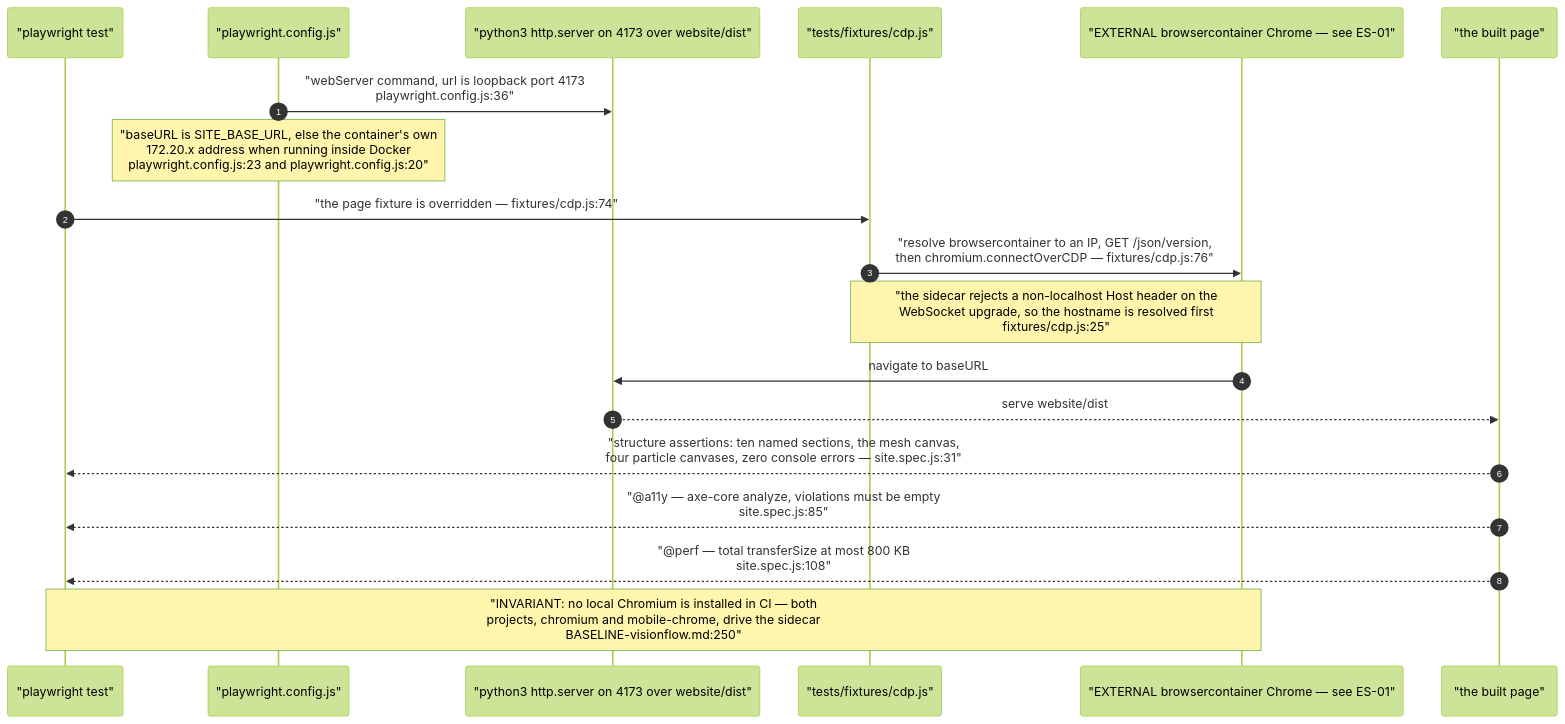
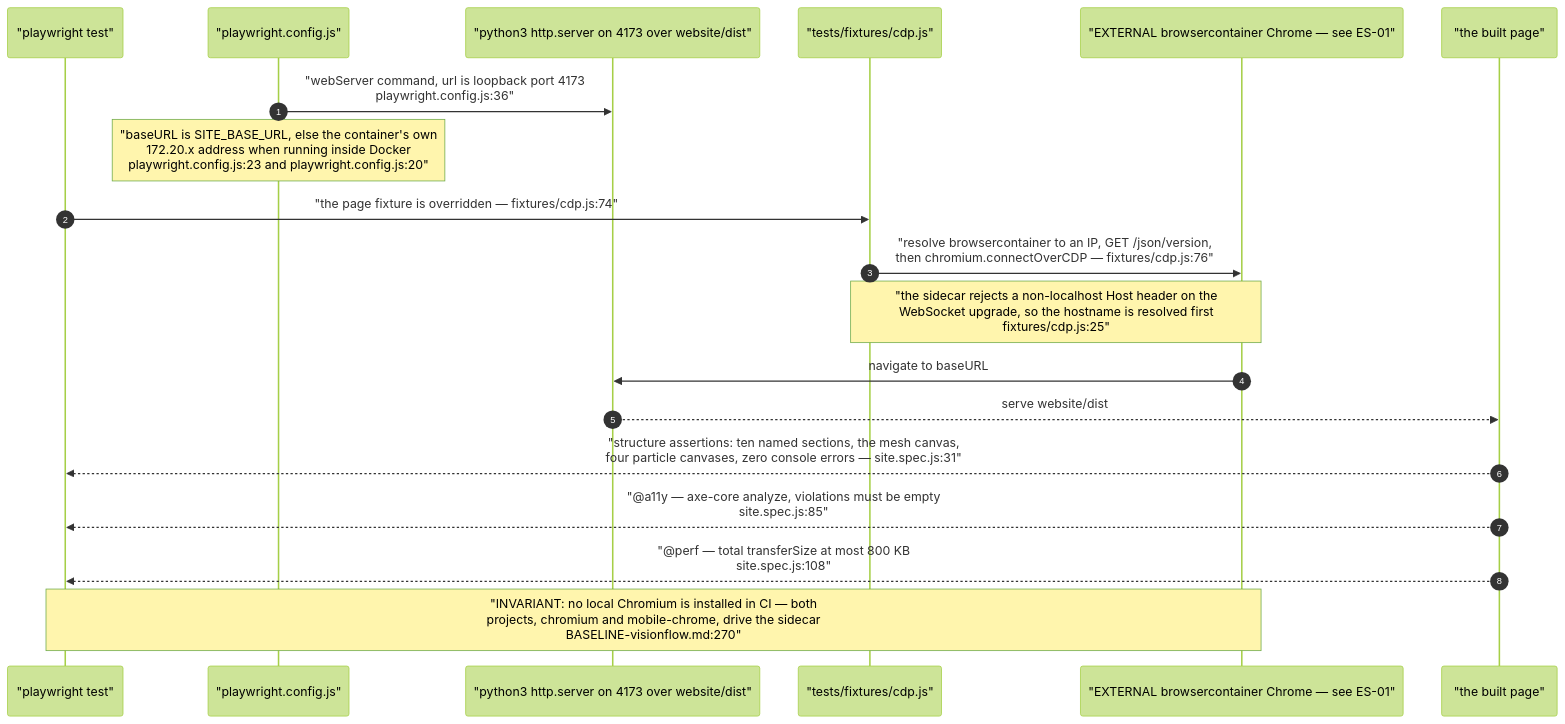
The tenth of 12 diagrams in docs/diagrams/visionflow/02-website-build-and-deploy.md (DreamLab-AI/VisionFlow), drawn with Mermaid (forest theme) before and after one commit. The commit also changed other lines of this file and 136 other files, not shown here.

First line of the commit message:
docs(diagrams): refresh the whole corpus to code HEAD and prune low-value diagrams

````diff
--- a/docs/diagrams/visionflow/02-website-build-and-deploy.md
+++ b/docs/diagrams/visionflow/02-website-build-and-deploy.md
@@ -290,22 +290,22 @@
 ```mermaid
 sequenceDiagram
     autonumber
     participant T as "playwright test"
     participant C as "playwright.config.js"
     participant WS as "python3 http.server on 4173 over website/dist"
     participant FX as "tests/fixtures/cdp.js"
     participant CH as "EXTERNAL browsercontainer Chrome — see ES-01"
     participant P as "the built page"
 
     C->>WS: "webServer command, url is loopback port 4173<br/>playwright.config.js:36"
     Note over C: "baseURL is SITE_BASE_URL, else the container's own<br/>172.20.x address when running inside Docker<br/>playwright.config.js:23 and playwright.config.js:20"
     T->>FX: "the page fixture is overridden — fixtures/cdp.js:74"
     FX->>CH: "resolve browsercontainer to an IP, GET /json/version,<br/>then chromium.connectOverCDP — fixtures/cdp.js:76"
     Note over FX,CH: "the sidecar rejects a non-localhost Host header on the<br/>WebSocket upgrade, so the hostname is resolved first<br/>fixtures/cdp.js:25"
     CH->>WS: navigate to baseURL
     WS-->>P: serve website/dist
     P-->>T: "structure assertions: ten named sections, the mesh canvas,<br/>four particle canvases, zero console errors — site.spec.js:31"
     P-->>T: "@a11y — axe-core analyze, violations must be empty<br/>site.spec.js:85"
     P-->>T: "@perf — total transferSize at most 800 KB<br/>site.spec.js:108"
-    Note over T,CH: "INVARIANT: no local Chromium is installed in CI — both<br/>projects, chromium and mobile-chrome, drive the sidecar<br/>BASELINE-visionflow.md:250"
+    Note over T,CH: "INVARIANT: no local Chromium is installed in CI — both<br/>projects, chromium and mobile-chrome, drive the sidecar<br/>BASELINE-visionflow.md:270"
 ```
````
